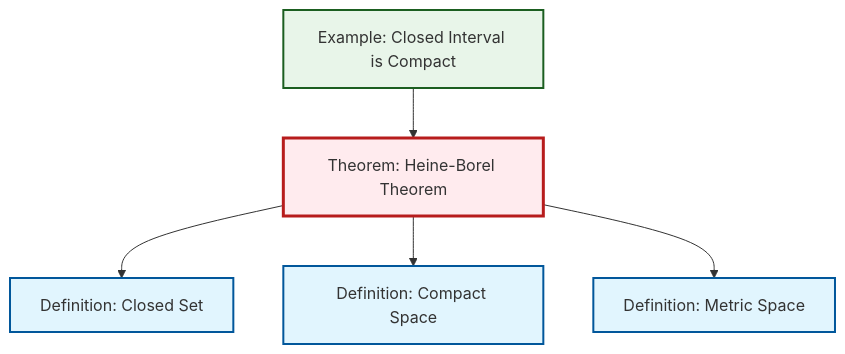
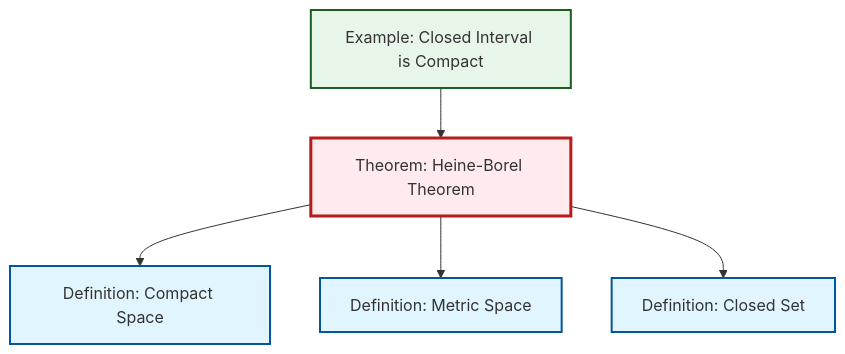
One commit to RK0429/ModernMath changed the diagram in content/en/topology/thm-heine-borel.qmd. Above: the diagram before and after it, drawn with Mermaid. The commit also changed other lines of this file and 581 other files, not shown here.

````diff
--- a/content/en/topology/thm-heine-borel.qmd
+++ b/content/en/topology/thm-heine-borel.qmd
@@ -46,23 +46,23 @@
 ```{mermaid}
 %%| fig-cap: "Local dependency graph"
 graph TD
     classDef definition fill:#e1f5fe,stroke:#01579b,stroke-width:2px
     classDef theorem fill:#f3e5f5,stroke:#4a148c,stroke-width:2px
     classDef axiom fill:#fff3e0,stroke:#e65100,stroke-width:2px
     classDef example fill:#e8f5e9,stroke:#1b5e20,stroke-width:2px
     classDef current fill:#ffebee,stroke:#b71c1c,stroke-width:3px
-    thm-heine-borel["Theorem: Heine-Borel Theorem"]:::theorem
     def-compact["Definition: Compact Space"]:::definition
     def-closed-set["Definition: Closed Set"]:::definition
+    thm-heine-borel["Theorem: Heine-Borel Theorem"]:::theorem
+    ex-closed-interval-compact["Example: Closed Interval is Compact"]:::example
     def-metric-space["Definition: Metric Space"]:::definition
-    ex-closed-interval-compact["Example: Closed Interval is Compact"]:::example
+    thm-heine-borel --> def-compact
     ex-closed-interval-compact --> thm-heine-borel
+    thm-heine-borel --> def-metric-space
     thm-heine-borel --> def-closed-set
-    thm-heine-borel --> def-compact
-    thm-heine-borel --> def-metric-space
     class thm-heine-borel current
     click def-compact "def-compact.html" "Go to Compact Space definition"
     click def-closed-set "def-closed-set.html" "Go to Closed Set definition"
+    click ex-closed-interval-compact "ex-closed-interval-compact.html" "Go to Closed Interval is Compact example"
     click def-metric-space "def-metric-space.html" "Go to Metric Space definition"
-    click ex-closed-interval-compact "ex-closed-interval-compact.html" "Go to Closed Interval is Compact example"
 ```
````
